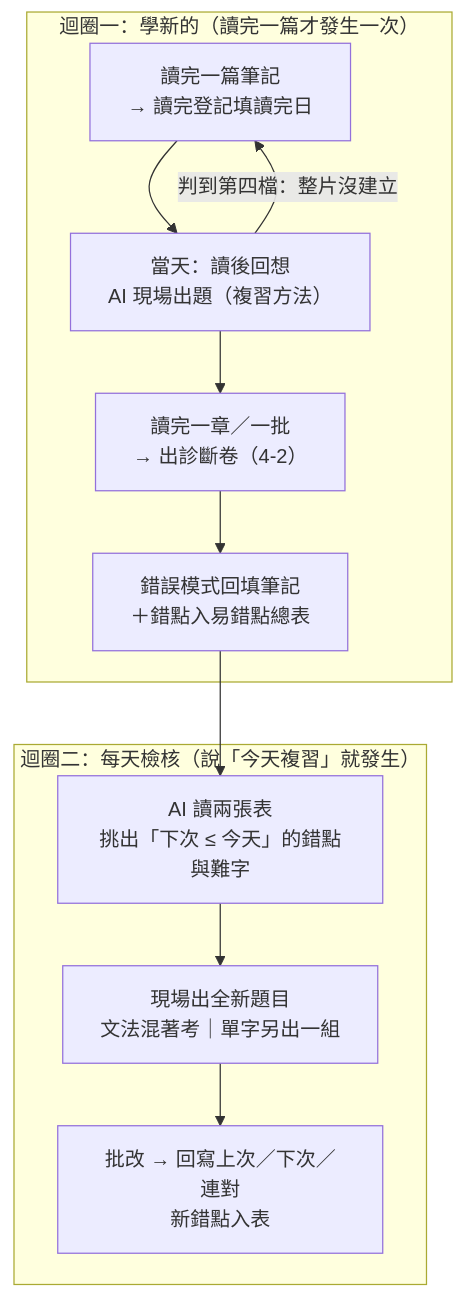
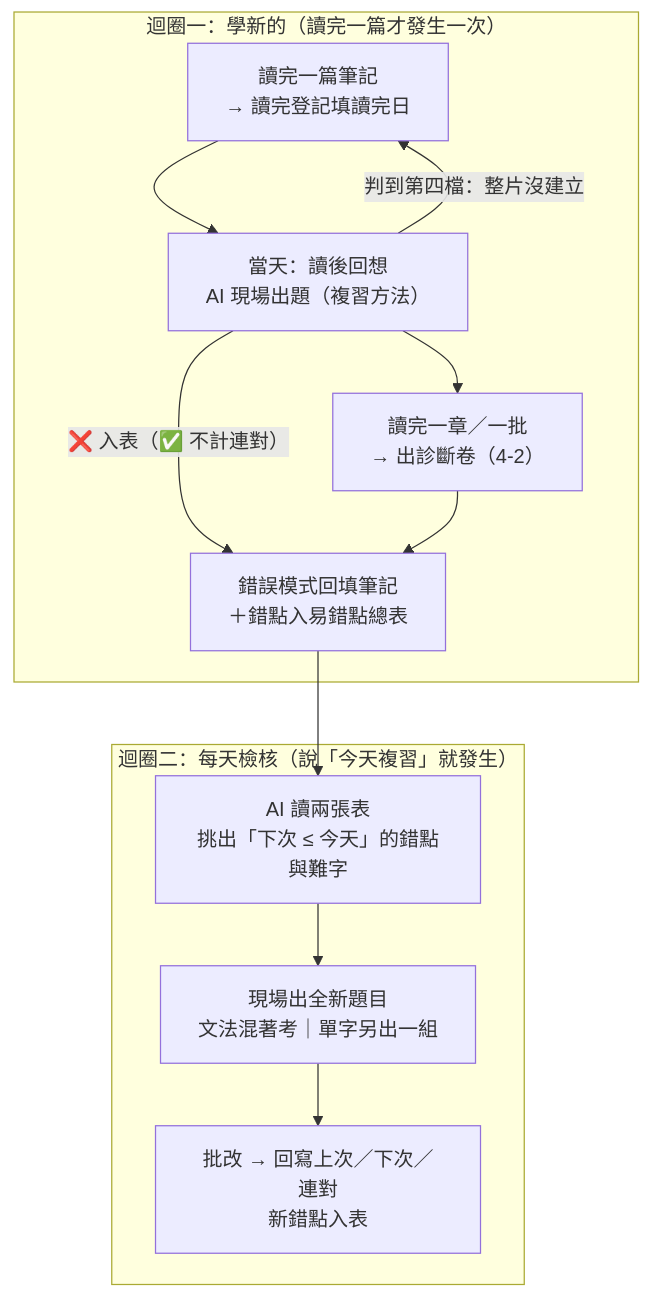
The first of 2 diagrams in 00 使用說明與範本/使用說明.md (aquariusCCA/english-learning-system), drawn with Mermaid before and after one commit. The commit also changed other lines of this file and 4 other files, not shown here.

````diff
--- a/00 使用說明與範本/使用說明.md
+++ b/00 使用說明與範本/使用說明.md
@@ -134,14 +134,15 @@
 ```mermaid
 flowchart TB
     subgraph L1["迴圈一：學新的（讀完一篇才發生一次）"]
         A["讀完一篇筆記<br>→ 讀完登記填讀完日"] --> A2["當天：讀後回想<br>AI 現場出題（複習方法）"]
         A2 -->|"判到第四檔：整片沒建立"| A
+        A2 -->|"❌ 入表（✅ 不計連對）"| C
         A2 --> B["讀完一章／一批<br>→ 出診斷卷（4-2）"]
         B --> C["錯誤模式回填筆記<br>＋錯點入易錯點總表"]
     end
     subgraph L2["迴圈二：每天檢核（說「今天複習」就發生）"]
         D["AI 讀兩張表<br>挑出「下次 ≤ 今天」的錯點與難字"] --> E["現場出全新題目<br>文法混著考｜單字另出一組"]
         E --> F["批改 → 回寫上次／下次／連對<br>新錯點入表"]
     end
     C --> D
 ```
````
